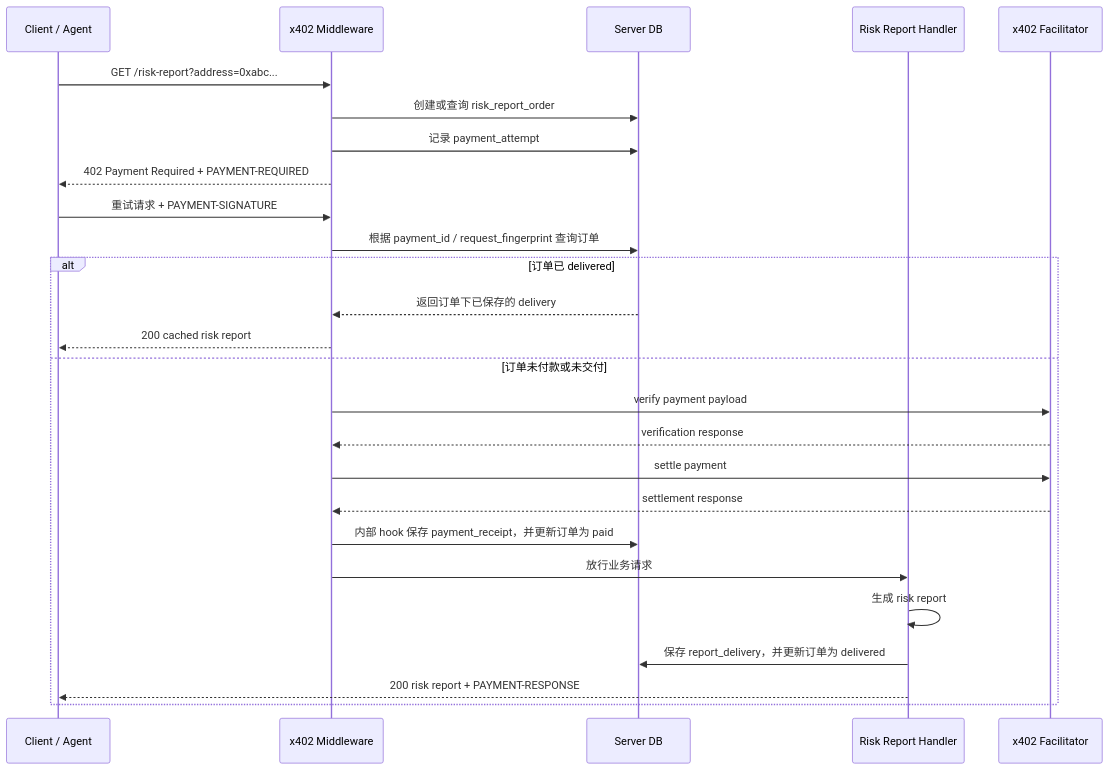
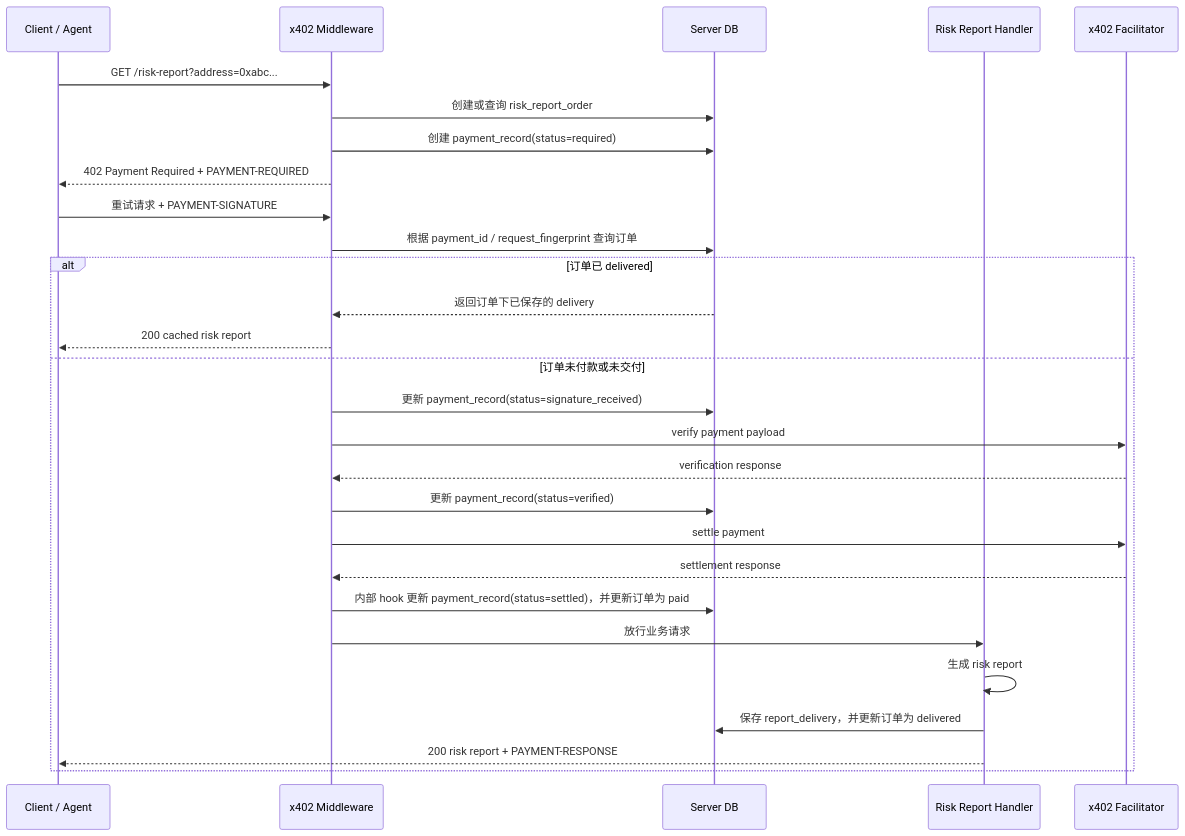
The third of 3 diagrams in hackathon/x402-caw-risk-report-technical-design.md (9526xu/ai-web3-school-cohort-0), drawn with Mermaid before and after one commit. The commit also changed other lines of this file, not shown here.

Commit message:
Refine x402 risk report payment model

````diff
--- a/hackathon/x402-caw-risk-report-technical-design.md
+++ b/hackathon/x402-caw-risk-report-technical-design.md
@@ -324,30 +317,32 @@
 ```mermaid
 sequenceDiagram
     participant Client as Client / Agent
     participant MW as x402 Middleware
     participant DB as Server DB
     participant Handler as Risk Report Handler
     participant Facilitator as x402 Facilitator
 
     Client->>MW: GET /risk-report?address=0xabc...
     MW->>DB: 创建或查询 risk_report_order
-    MW->>DB: 记录 payment_attempt
+    MW->>DB: 创建 payment_record(status=required)
     MW-->>Client: 402 Payment Required + PAYMENT-REQUIRED
 
     Client->>MW: 重试请求 + PAYMENT-SIGNATURE
     MW->>DB: 根据 payment_id / request_fingerprint 查询订单
     alt 订单已 delivered
         DB-->>MW: 返回订单下已保存的 delivery
         MW-->>Client: 200 cached risk report
     else 订单未付款或未交付
+        MW->>DB: 更新 payment_record(status=signature_received)
         MW->>Facilitator: verify payment payload
         Facilitator-->>MW: verification response
+        MW->>DB: 更新 payment_record(status=verified)
         MW->>Facilitator: settle payment
         Facilitator-->>MW: settlement response
-        MW->>DB: 内部 hook 保存 payment_receipt，并更新订单为 paid
+        MW->>DB: 内部 hook 更新 payment_record(status=settled)，并更新订单为 paid
         MW->>Handler: 放行业务请求
         Handler->>Handler: 生成 risk report
         Handler->>DB: 保存 report_delivery，并更新订单为 delivered
         Handler-->>Client: 200 risk report + PAYMENT-RESPONSE
     end
 ```
````
